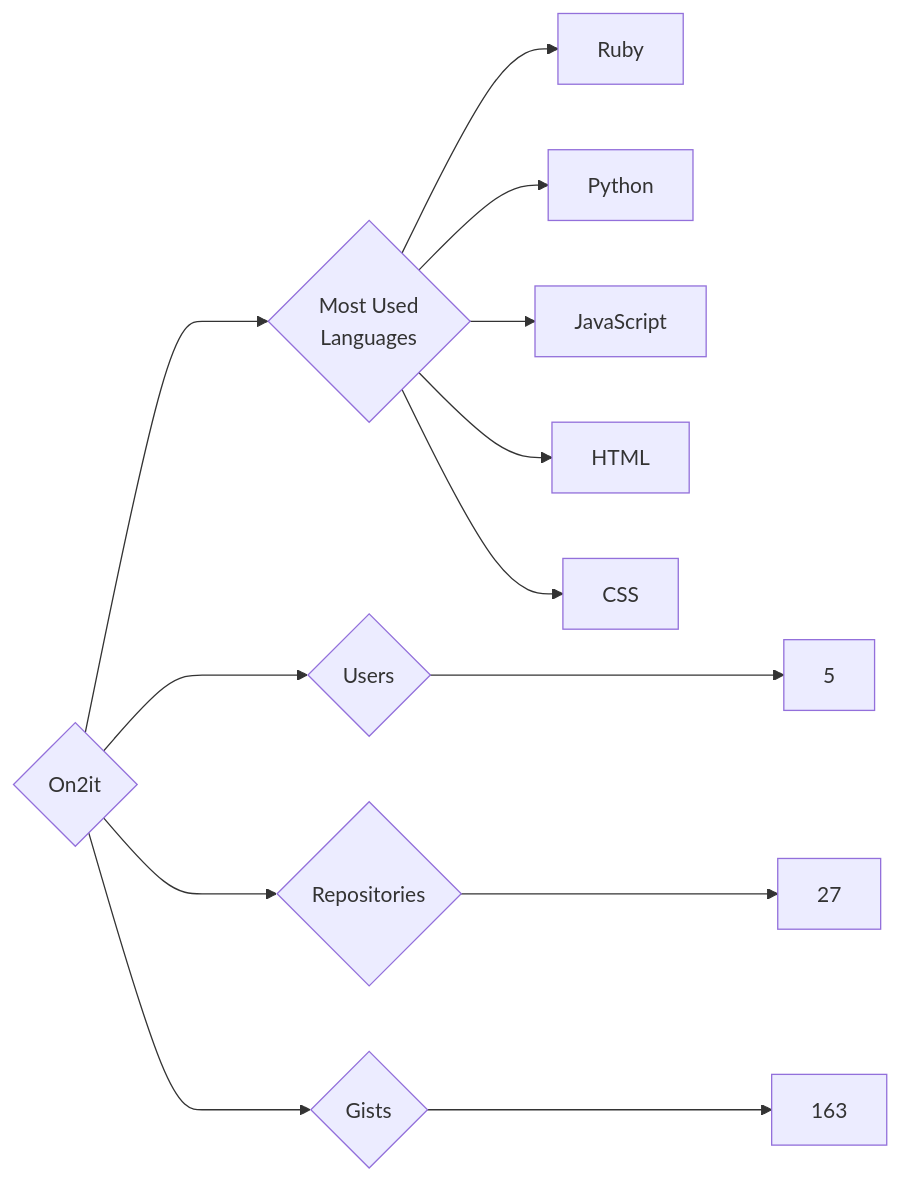
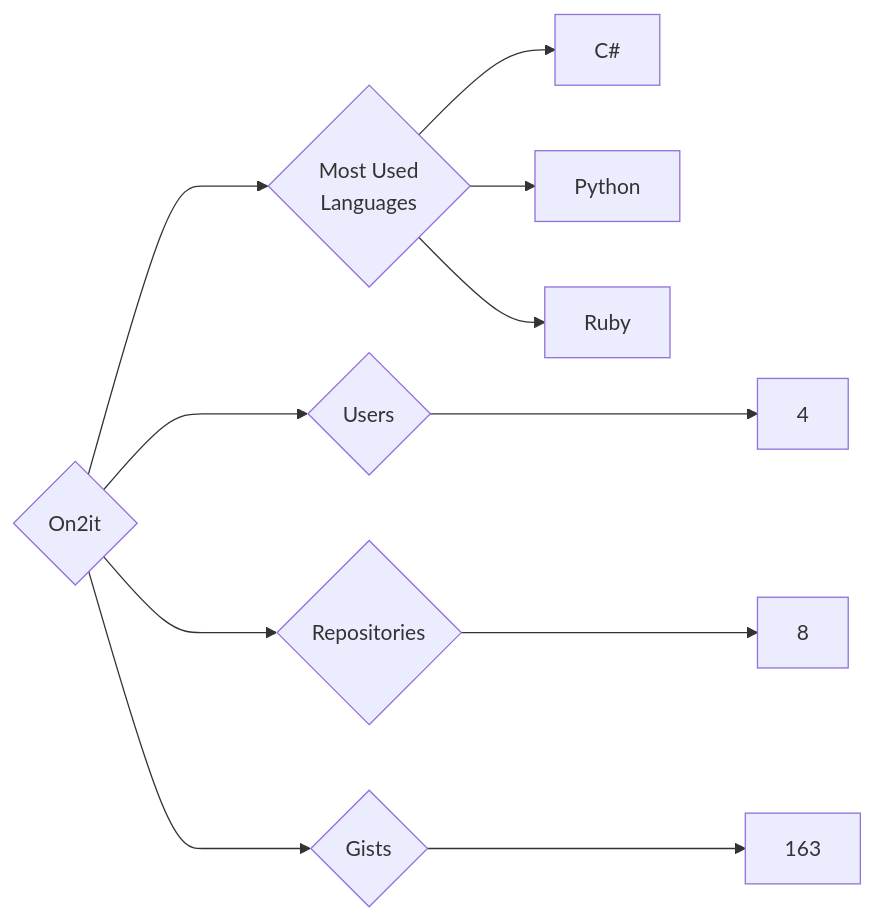
The diagram in targets/On2it/README.md (trickest/insiders), drawn with Mermaid before and after one commit. The commit also changed 973 other files, not shown here.

````diff
--- a/targets/On2it/README.md
+++ b/targets/On2it/README.md
@@ -3,13 +3,11 @@
 ```mermaid
 graph LR
 COMPANY_NAME{On2it}
-COMPANY_NAME ---> U{Users} ---> UN[5]
-COMPANY_NAME ---> R{Repositories} ---> RN[27]
+COMPANY_NAME ---> U{Users} ---> UN[4]
+COMPANY_NAME ---> R{Repositories} ---> RN[8]
 COMPANY_NAME ---> G{Gists} ---> GN[163]
 COMPANY_NAME ---> ML{Most Used<br>Languages}
+ML --> C#[C#]
+ML --> Python[Python]
 ML --> Ruby[Ruby]
-ML --> Python[Python]
-ML --> JavaScript[JavaScript]
-ML --> HTML[HTML]
-ML --> CSS[CSS]
 ```
````
